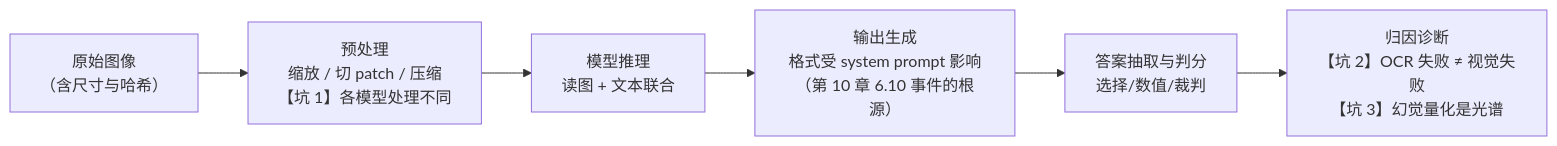
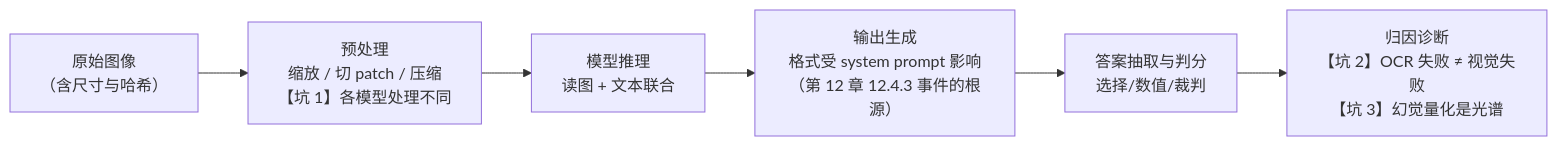
One commit to zenHeart/evals changed the first of 2 diagrams in book/chapters/chapter-12-multimodal.md. Above: the diagram before and after it, drawn with Mermaid. The commit also changed other lines of this file and 137 other files, not shown here.

````diff
--- a/book/chapters/chapter-12-multimodal.md
+++ b/book/chapters/chapter-12-multimodal.md
@@ -50,8 +50,8 @@
 ```mermaid
 flowchart LR
     A["原始图像<br/>（含尺寸与哈希）"] --> B["预处理<br/>缩放 / 切 patch / 压缩<br/>【坑 1】各模型处理不同"]
     B --> C["模型推理<br/>读图 + 文本联合"]
-    C --> D["输出生成<br/>格式受 system prompt 影响<br/>（第 10 章 6.10 事件的根源）"]
+    C --> D["输出生成<br/>格式受 system prompt 影响<br/>（第 12 章 12.4.3 事件的根源）"]
     D --> E["答案抽取与判分<br/>选择/数值/裁判"]
     E --> F["归因诊断<br/>【坑 2】OCR 失败 ≠ 视觉失败<br/>【坑 3】幻觉量化是光谱"]
 ```
````
